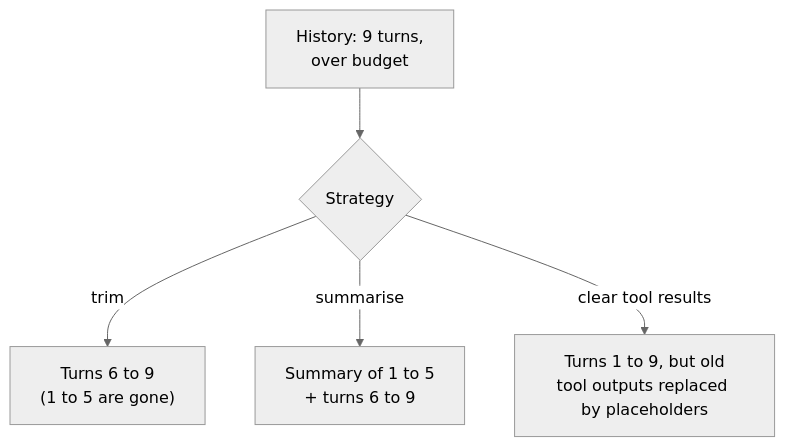
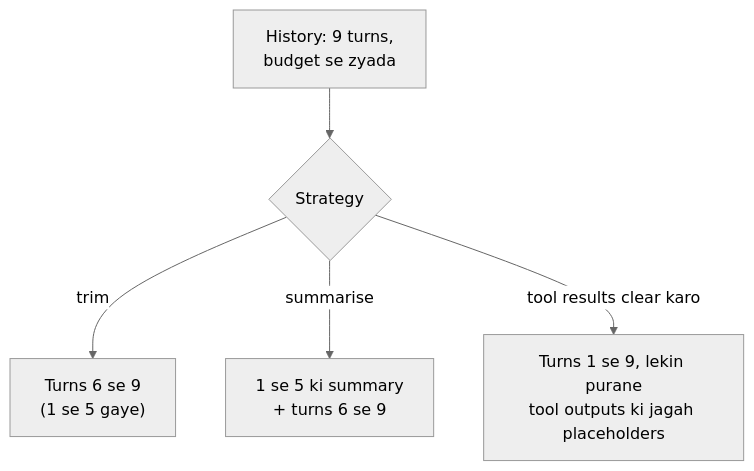
The diagram in docs/05-memory/05.2-summarisation-and-context-compaction.md (asmustechno/agentic-ai-notes), drawn with Mermaid (neutral theme) before and after one commit. The commit also changed other lines of this file and 135 other files, not shown here.

````diff
--- a/docs/05-memory/05.2-summarisation-and-context-compaction.md
+++ b/docs/05-memory/05.2-summarisation-and-context-compaction.md
@@ -51,7 +53,7 @@
 ```mermaid
 flowchart TB
-    A["History: 9 turns,<br/>over budget"] --> T{Strategy}
-    T -->|"trim"| B["Turns 6 to 9<br/>(1 to 5 are gone)"]
-    T -->|"summarise"| C["Summary of 1 to 5<br/>+ turns 6 to 9"]
-    T -->|"clear tool results"| D["Turns 1 to 9, but old<br/>tool outputs replaced by placeholders"]
+    A["History: 9 turns,<br/>budget se zyada"] --> T{Strategy}
+    T -->|"trim"| B["Turns 6 se 9<br/>(1 se 5 gaye)"]
+    T -->|"summarise"| C["1 se 5 ki summary<br/>+ turns 6 se 9"]
+    T -->|"tool results clear karo"| D["Turns 1 se 9, lekin purane<br/>tool outputs ki jagah placeholders"]
 ```
````
